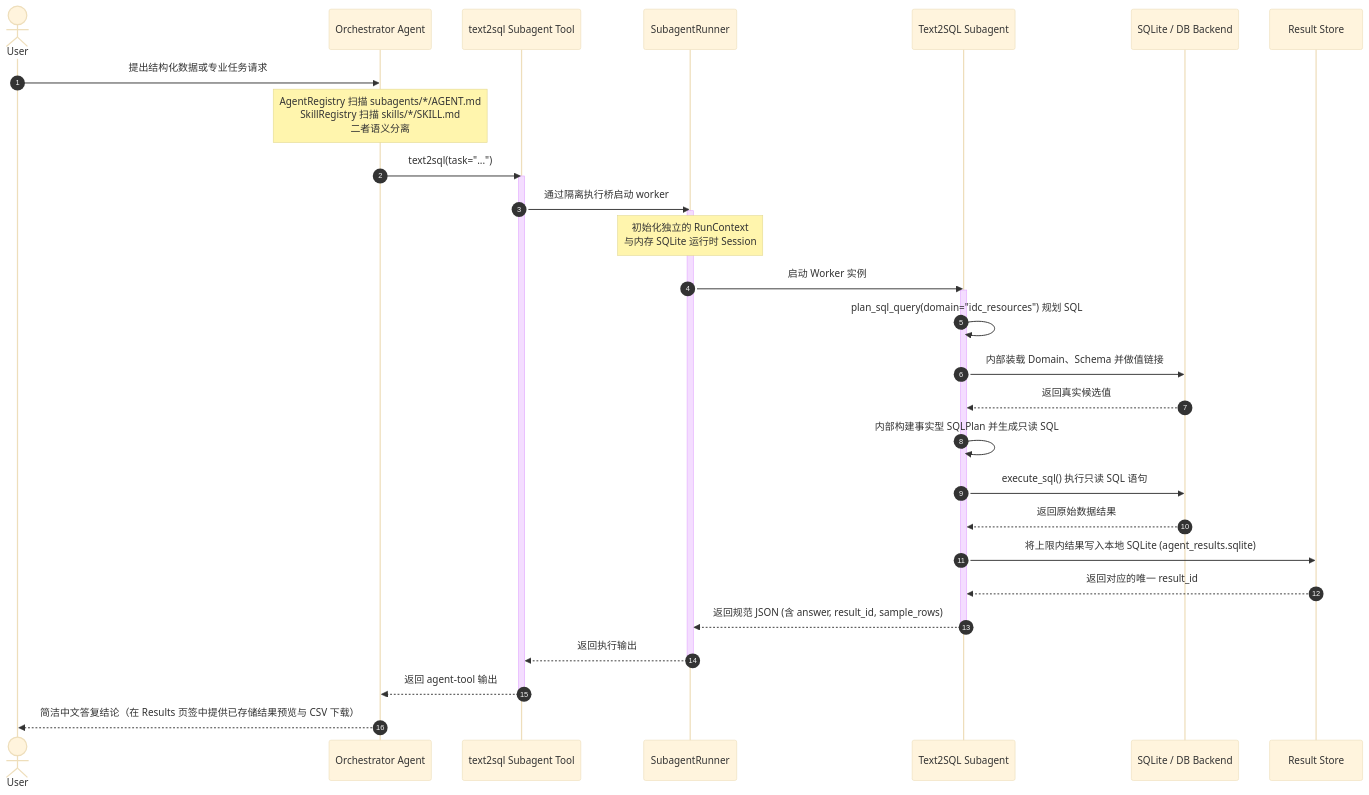
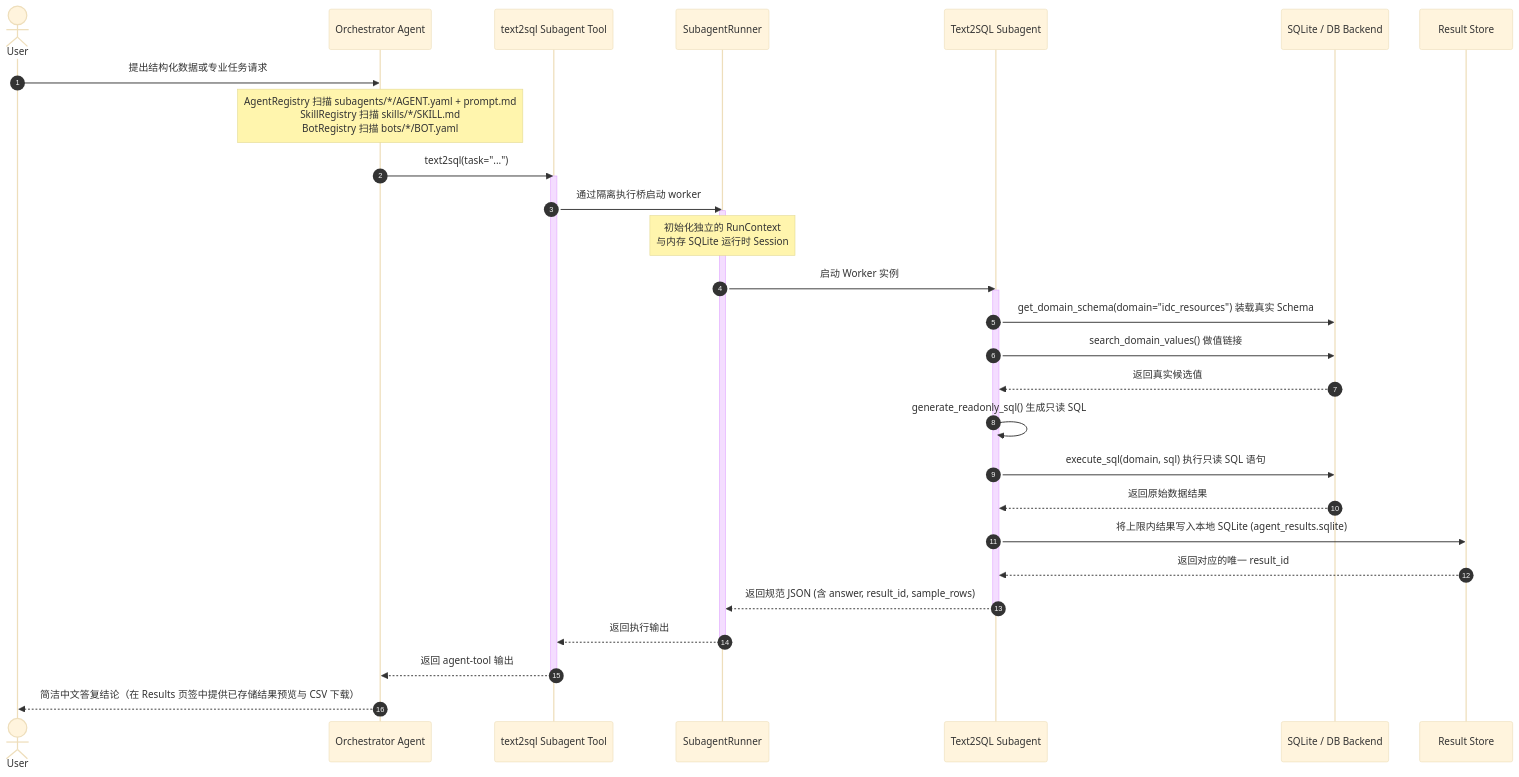
The diagram in README.zh-CN.md (chick26/agentweave), drawn with Mermaid (base theme) before and after one commit. The commit also changed other lines of this file and 79 other files, not shown here.

````diff
--- a/README.zh-CN.md
+++ b/README.zh-CN.md
@@ -9,37 +9,37 @@
 ```mermaid
 sequenceDiagram
     autonumber
     actor User
     participant Orchestrator as Orchestrator Agent
     participant AgentTool as text2sql Subagent Tool
     participant Runner as SubagentRunner
     participant Worker as Text2SQL Subagent
     participant DB as SQLite / DB Backend
     participant Store as Result Store
 
     User->>Orchestrator: 提出结构化数据或专业任务请求
-    Note over Orchestrator: AgentRegistry 扫描 subagents/*/AGENT.md<br/>SkillRegistry 扫描 skills/*/SKILL.md<br/>二者语义分离
+    Note over Orchestrator: AgentRegistry 扫描 subagents/*/AGENT.yaml + prompt.md<br/>SkillRegistry 扫描 skills/*/SKILL.md<br/>BotRegistry 扫描 bots/*/BOT.yaml
     Orchestrator->>AgentTool: text2sql(task="...")
     activate AgentTool
     AgentTool->>Runner: 通过隔离执行桥启动 worker
     activate Runner
     Note over Runner: 初始化独立的 RunContext<br/>与内存 SQLite 运行时 Session
     Runner->>Worker: 启动 Worker 实例
     activate Worker
 
-    Worker->>Worker: plan_sql_query(domain="idc_resources") 规划 SQL
-    Worker->>DB: 内部装载 Domain、Schema 并做值链接
+    Worker->>DB: get_domain_schema(domain="idc_resources") 装载真实 Schema
+    Worker->>DB: search_domain_values() 做值链接
     DB-->>Worker: 返回真实候选值
-    Worker->>Worker: 内部构建事实型 SQLPlan 并生成只读 SQL
-    Worker->>DB: execute_sql() 执行只读 SQL 语句
+    Worker->>Worker: generate_readonly_sql() 生成只读 SQL
+    Worker->>DB: execute_sql(domain, sql) 执行只读 SQL 语句
     DB-->>Worker: 返回原始数据结果
     Worker->>Store: 将上限内结果写入本地 SQLite (agent_results.sqlite)
     Store-->>Worker: 返回对应的唯一 result_id
     Worker-->>Runner: 返回规范 JSON (含 answer, result_id, sample_rows)
     deactivate Worker
     Runner-->>AgentTool: 返回执行输出
     deactivate Runner
     AgentTool-->>Orchestrator: 返回 agent-tool 输出
     deactivate AgentTool
     Orchestrator-->>User: 简洁中文答复结论（在 Results 页签中提供已存储结果预览与 CSV 下载）
 ```
````
